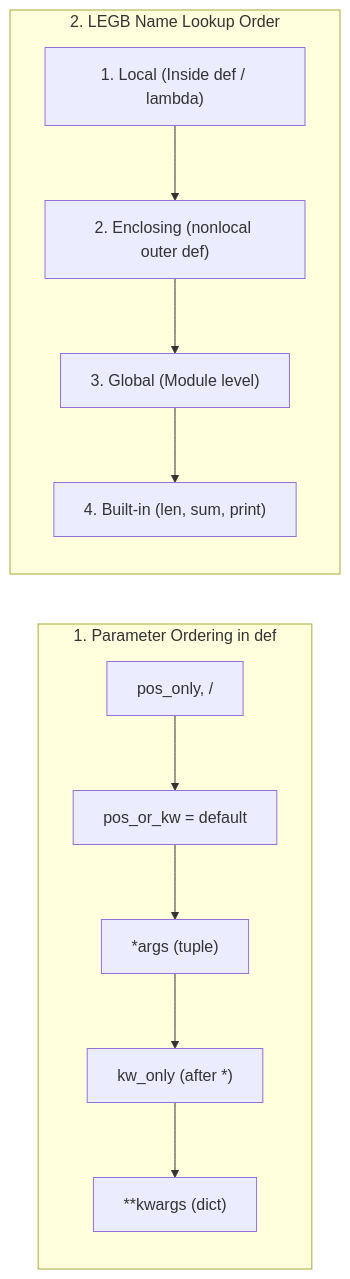
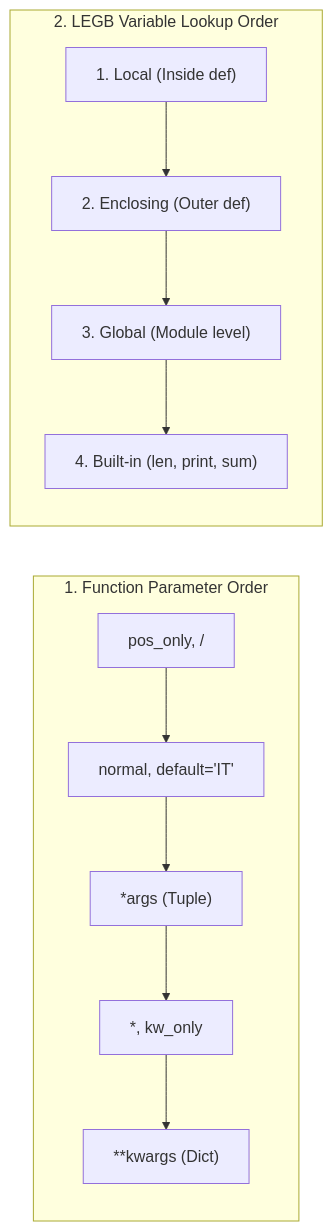
One commit to Valay-2004/Notes changed the diagram in Python/05. Functions, Lambda & Scope.md. Above: the diagram before and after it, drawn with Mermaid. The commit also changed other lines of this file and 13 other files, not shown here.

````diff
--- a/Python/05. Functions, Lambda & Scope.md
+++ b/Python/05. Functions, Lambda & Scope.md
@@ -150,9 +150,14 @@
 ```mermaid
 flowchart LR
-    subgraph SIG["1. Parameter Ordering in def"]
-        P1["pos_only, /"] --> P2["pos_or_kw = default"] --> P3["*args (tuple)"] --> P4["kw_only (after *)"] --> P5["**kwargs (dict)"]
+    subgraph PARAMS["1. Function Parameter Order"]
+        P1["pos_only, /"] --> P2["normal, default='IT'"]
+        P2 --> P3["*args (Tuple)"]
+        P3 --> P4["*, kw_only"]
+        P4 --> P5["**kwargs (Dict)"]
     end
-    subgraph LEGB["2. LEGB Name Lookup Order"]
-        L["1. Local (Inside def / lambda)"] --> E["2. Enclosing (nonlocal outer def)"] --> G["3. Global (Module level)"] --> B["4. Built-in (len, sum, print)"]
+    subgraph SCOPE["2. LEGB Variable Lookup Order"]
+        L["1. Local (Inside def)"] --> E["2. Enclosing (Outer def)"]
+        E --> G["3. Global (Module level)"]
+        G --> B["4. Built-in (len, print, sum)"]
     end
 ```
````
